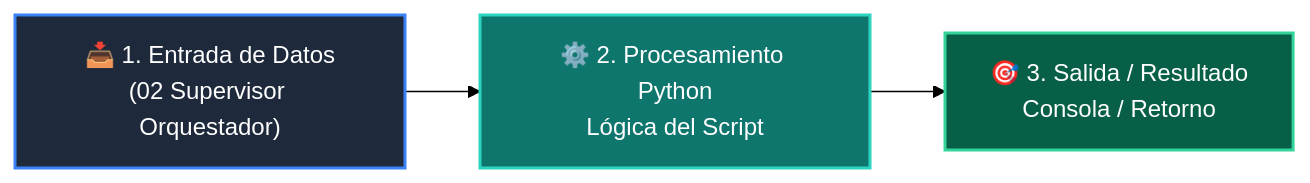
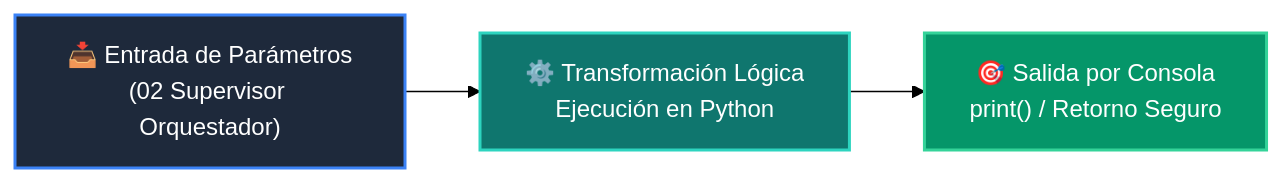
The diagram in 03-agentes-ia/clase-08-sistemas-multi-agente/ejemplos/ejemplo_02_supervisor_orquestador/README.md (wisrovi/wisrovi-python), drawn with Mermaid (forest theme) before and after one commit. The commit also changed other lines of this file and 226 other files, not shown here.

Commit message:
docs: elevate all repository READMEs to world-class mastery standard with rich pedagogical architecture, custom Mermaids, and professional styling

````diff
--- a/03-agentes-ia/clase-08-sistemas-multi-agente/ejemplos/ejemplo_02_supervisor_orquestador/README.md
+++ b/03-agentes-ia/clase-08-sistemas-multi-agente/ejemplos/ejemplo_02_supervisor_orquestador/README.md
@@ -12,9 +19,9 @@
 ```mermaid
 flowchart LR
-    A["📥 1. Entrada de Datos<br/>(02 Supervisor Orquestador)"] --> B["⚙️ 2. Procesamiento Python<br/>Lógica del Script"]
-    B --> C["🎯 3. Salida / Resultado<br/>Consola / Retorno"]
+    A["📥 Entrada de Parámetros<br/>(02 Supervisor Orquestador)"] --> B["⚙️ Transformación Lógica<br/>Ejecución en Python"]
+    B --> C["🎯 Salida por Consola<br/>print() / Retorno Seguro"]
 
-    style A fill:#1e293b,color:#fff,stroke:#3b82f6,stroke-width:2px
-    style B fill:#0f766e,color:#fff,stroke:#2dd4bf,stroke-width:2px
-    style C fill:#065f46,color:#fff,stroke:#34d399,stroke-width:2px
+    style A fill:#1e293b,color:#ffffff,stroke:#3b82f6,stroke-width:2px
+    style B fill:#0f766e,color:#ffffff,stroke:#2dd4bf,stroke-width:2px
+    style C fill:#059669,color:#ffffff,stroke:#34d399,stroke-width:2px
 ```
````
